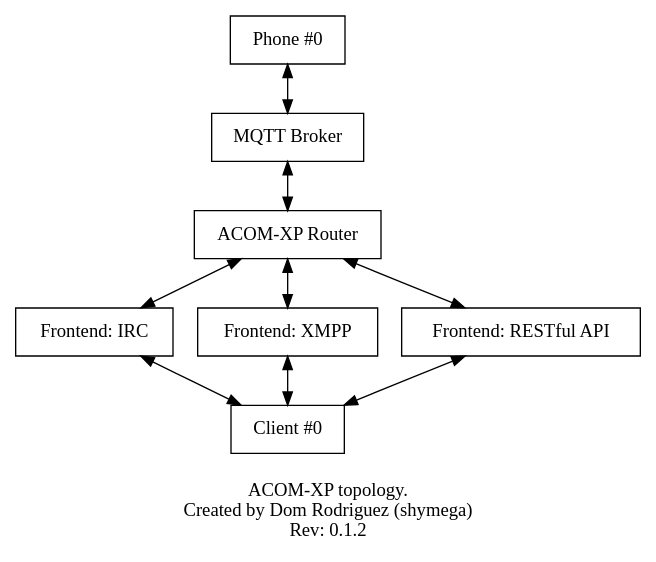
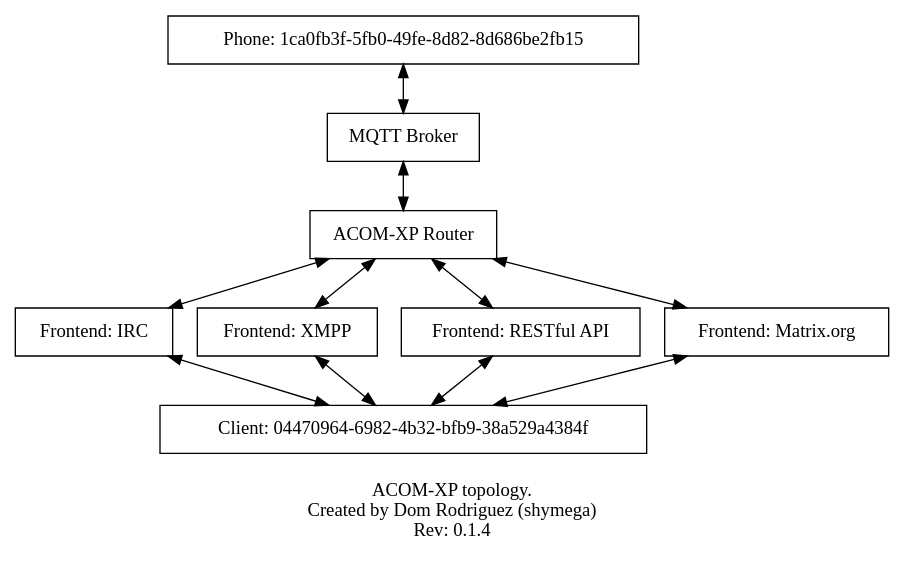
Before and after one commit to XAMS-Project/XAMS: the diagram in diagrams/router.dot, drawn with Graphviz. The commit also changed 1 other file, not shown here.

```diff
--- a/diagrams/router.dot
+++ b/diagrams/router.dot
@@ -1,24 +1,23 @@
 digraph Router {
-    phone0 [shape=record,label="Phone #0"];
+    node [shape=record];
+    
+    phone0 [label="Phone: 1ca0fb3f-5fb0-49fe-8d82-8d686be2fb15"];
 
-    broker [shape=record,label="MQTT Broker"];
-    router [shape=record,label="ACOM-XP Router"];
+    broker [label="MQTT Broker"];
+    router [label="ACOM-XP Router"];
 
-    frt_irc [shape=record,label="Frontend: IRC"];
-    frt_xmpp [shape=record,label="Frontend: XMPP"];
-    frt_rest [shape=record,label="Frontend: RESTful API"];
+    frt_irc [label="Frontend: IRC"];
+    frt_xmpp [label="Frontend: XMPP"];
+    frt_rest [label="Frontend: RESTful API"];
+    frt_matrix [label="Frontend: Matrix.org"];
 
     phone0 -> broker -> router [dir="both"];
 
-    router -> frt_irc [dir="both"];
-    router -> frt_xmpp [dir="both"];
-    router -> frt_rest [dir="both"];
+    router -> {frt_irc,frt_xmpp,frt_rest,frt_matrix} [dir="both"];
 
-    client0 [shape=record,label="Client #0"];
+    client0 [label="Client: 04470964-6982-4b32-bfb9-38a529a4384f"];
 
-    frt_irc -> client0 [dir="both"];
-    frt_xmpp -> client0 [dir="both"];
-    frt_rest -> client0 [dir="both"]
+    {frt_irc,frt_xmpp,frt_rest,frt_matrix} -> client0 [dir="both"];
 
-    label = "\nACOM-XP topology.\nCreated by Dom Rodriguez (shymega)\nRev: 0.1.2"
+    label = "\nACOM-XP topology.\nCreated by Dom Rodriguez (shymega)\nRev: 0.1.4"
 }
```
